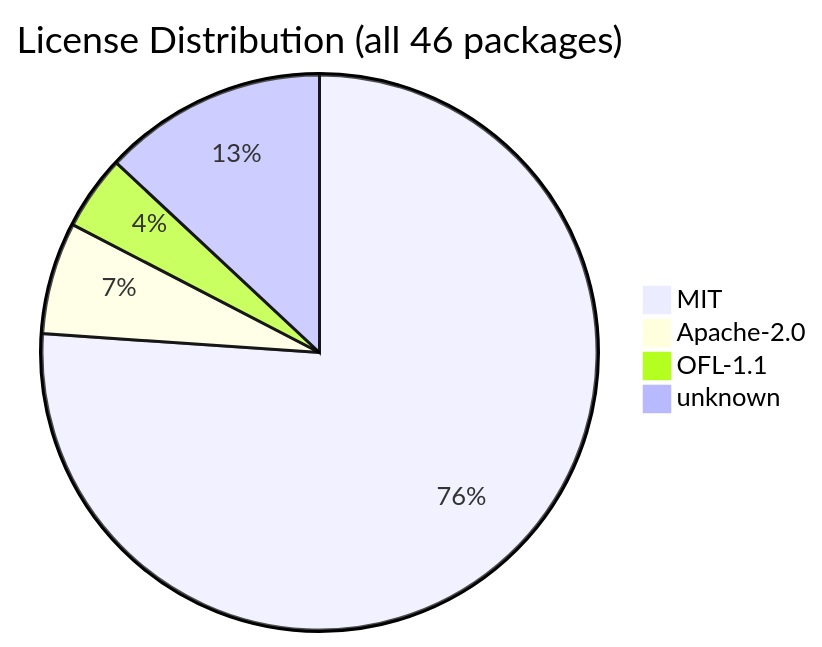
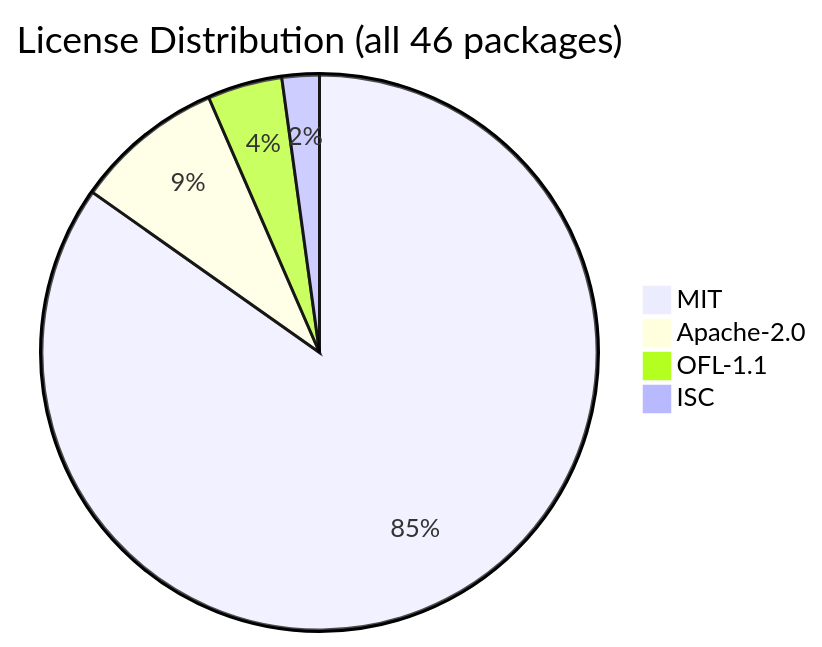
The diagram in .shipwright/compliance/sbom.md (arminzaugg/wartgeld-generator-zug), drawn with Mermaid before and after one commit. The commit also changed other lines of this file and 13 other files, not shown here.

````diff
--- a/.shipwright/compliance/sbom.md
+++ b/.shipwright/compliance/sbom.md
@@ -20,7 +20,7 @@
 ```mermaid
 pie title License Distribution (all 46 packages)
-    "MIT" : 35
-    "Apache-2.0" : 3
+    "MIT" : 39
+    "Apache-2.0" : 4
     "OFL-1.1" : 2
-    "unknown" : 6
+    "ISC" : 1
 ```
````
